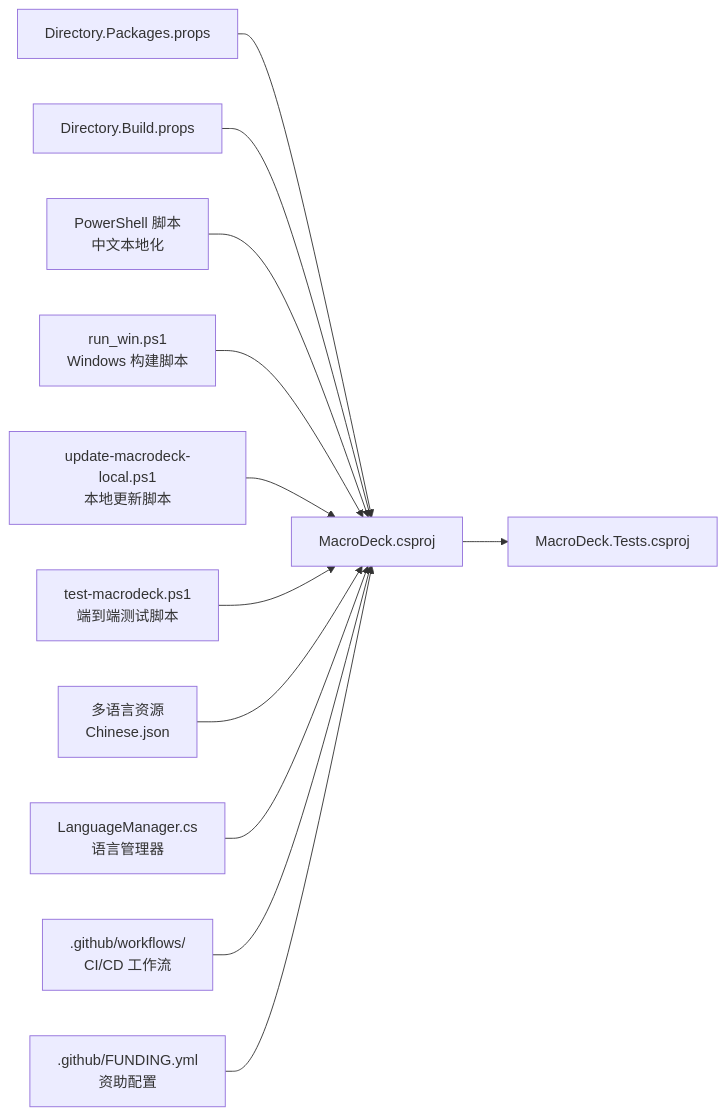
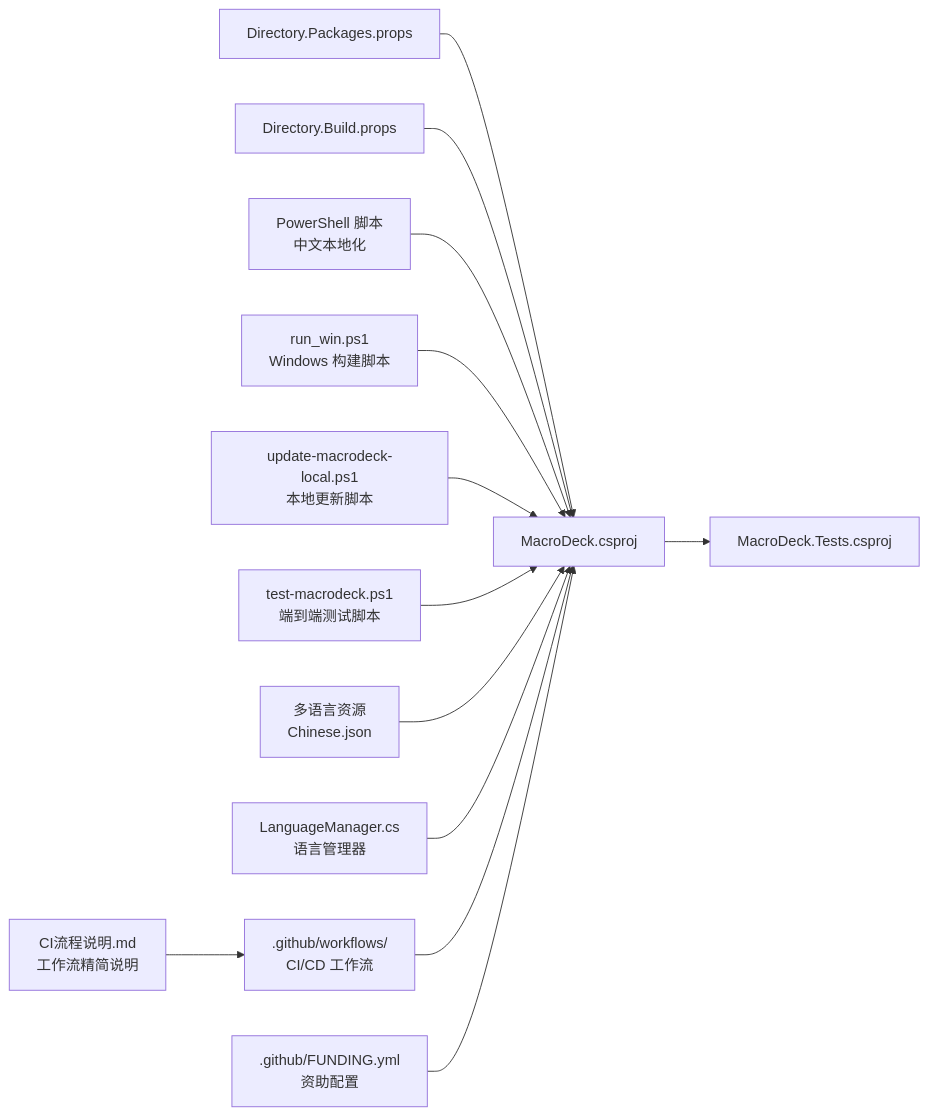
The third of 5 diagrams in .qoder/repowiki/zh/content/开发者指南/开发者指南.md (tea4go/Macro-Deck), drawn with Mermaid before and after one commit. The commit also changed other lines of this file and 22 other files, not shown here.

````diff
--- a/.qoder/repowiki/zh/content/开发者指南/开发者指南.md
+++ b/.qoder/repowiki/zh/content/开发者指南/开发者指南.md
@@ -231,26 +240,28 @@
 ```mermaid
 graph LR
 AppProj["MacroDeck.csproj"]
 TestProj["MacroDeck.Tests.csproj"]
 CentralProps["Directory.Packages.props"]
 BuildProps["Directory.Build.props"]
 PScripts["PowerShell 脚本<br/>中文本地化"]
 RunWin["run_win.ps1<br/>Windows 构建脚本"]
 UpdateLocal["update-macrodeck-local.ps1<br/>本地更新脚本"]
 TestScript["test-macrodeck.ps1<br/>端到端测试脚本"]
 Localize["多语言资源<br/>Chinese.json"]
 GHWorkflow[".github/workflows/<br/>CI/CD 工作流"]
+CIInfo["CI流程说明.md<br/>工作流精简说明"]
 Funding[".github/FUNDING.yml<br/>资助配置"]
 LanguageMgr["LanguageManager.cs<br/>语言管理器"]
 CentralProps --> AppProj
 BuildProps --> AppProj
 AppProj --> TestProj
 PScripts --> AppProj
 RunWin --> AppProj
 UpdateLocal --> AppProj
 TestScript --> AppProj
 Localize --> AppProj
 LanguageMgr --> AppProj
 GHWorkflow --> AppProj
+CIInfo --> GHWorkflow
 Funding --> AppProj
 ```
````
